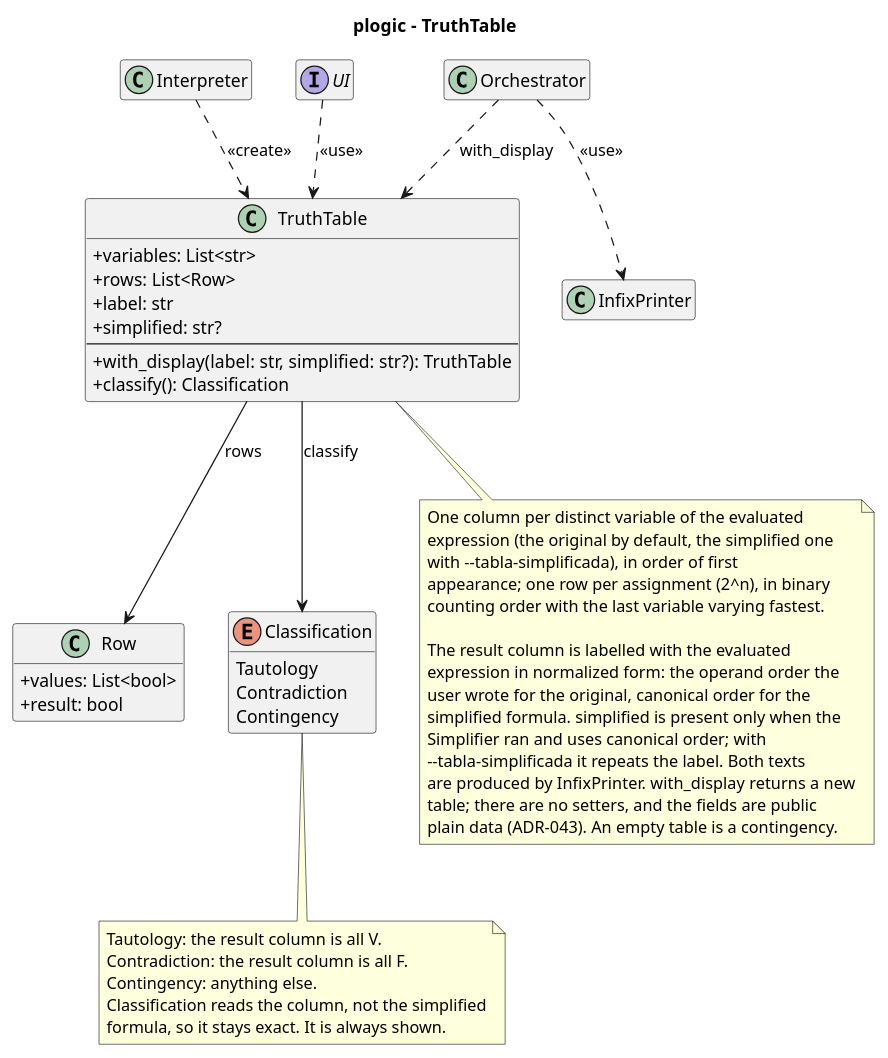
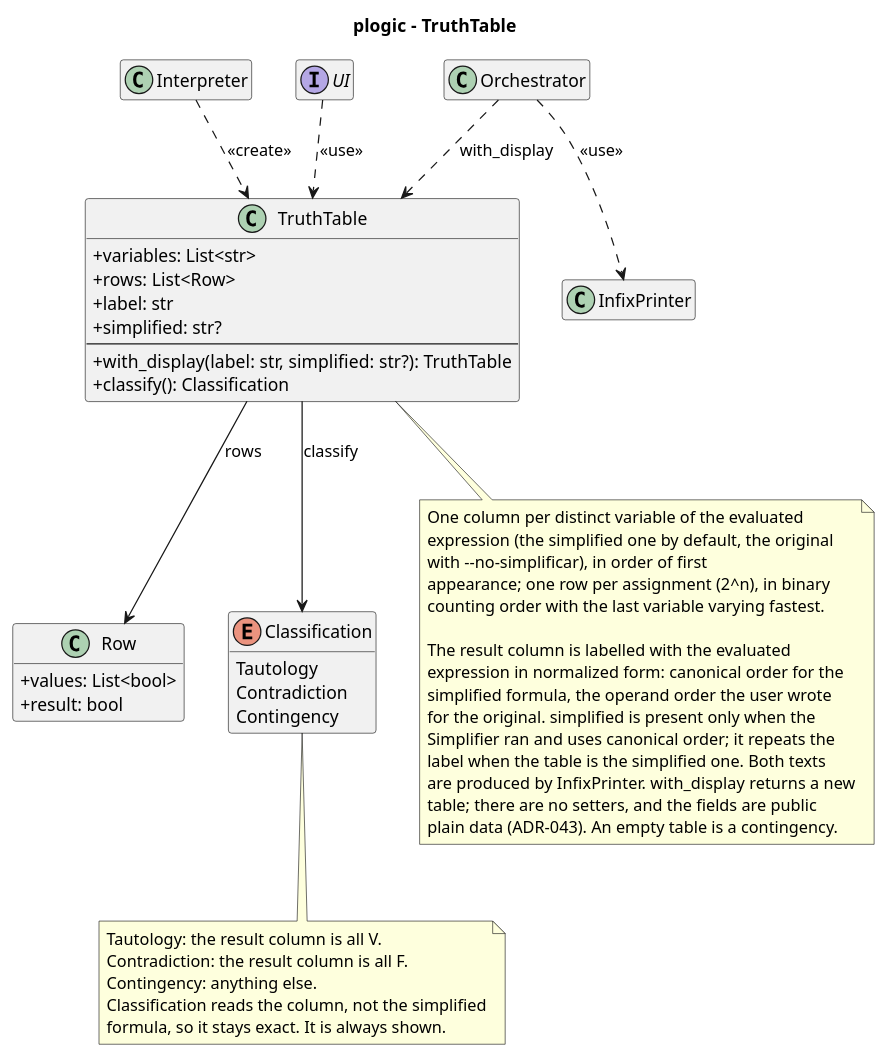
One commit to Josgtg/plogic changed the diagram in design/diagrams/truth_table_class.puml. Above: the diagram before and after it, drawn with PlantUML. The commit also changed 14 other files, not shown here.

Commit message:
design: document simplified-by-default tables and the new flags

```diff
--- a/design/diagrams/truth_table_class.puml
+++ b/design/diagrams/truth_table_class.puml
@@ -1,69 +1,69 @@
 @startuml truth_table_class
 title plogic - TruthTable
 
 skinparam classAttributeIconSize 0
 hide empty members
 
 class Interpreter
 
 class TruthTable {
   +variables: List<str>
   +rows: List<Row>
   +label: str
   +simplified: str?
   --
   +with_display(label: str, simplified: str?): TruthTable
   +classify(): Classification
 }
 
 class Row {
   +values: List<bool>
   +result: bool
 }
 
 enum Classification {
   Tautology
   Contradiction
   Contingency
 }
 
 class InfixPrinter
 
 class Orchestrator
 
 interface UI
 
 note bottom of TruthTable
   One column per distinct variable of the evaluated
-  expression (the original by default, the simplified one
-  with --tabla-simplificada), in order of first
+  expression (the simplified one by default, the original
+  with --no-simplificar), in order of first
   appearance; one row per assignment (2^n), in binary
   counting order with the last variable varying fastest.
 
   The result column is labelled with the evaluated
-  expression in normalized form: the operand order the
-  user wrote for the original, canonical order for the
-  simplified formula. simplified is present only when the
-  Simplifier ran and uses canonical order; with
-  --tabla-simplificada it repeats the label. Both texts
+  expression in normalized form: canonical order for the
+  simplified formula, the operand order the user wrote
+  for the original. simplified is present only when the
+  Simplifier ran and uses canonical order; it repeats the
+  label when the table is the simplified one. Both texts
   are produced by InfixPrinter. with_display returns a new
   table; there are no setters, and the fields are public
   plain data (ADR-043). An empty table is a contingency.
 end note
 
 note bottom of Classification
   Tautology: the result column is all V.
   Contradiction: the result column is all F.
   Contingency: anything else.
   Classification reads the column, not the simplified
   formula, so it stays exact. It is always shown.
 end note
 
 Interpreter ..> TruthTable : <<create>>
 TruthTable --> Row : rows
 TruthTable --> Classification : classify
 Orchestrator ..> TruthTable : with_display
 Orchestrator ..> InfixPrinter : <<use>>
 UI ..> TruthTable : <<use>>
 
 @enduml
```
